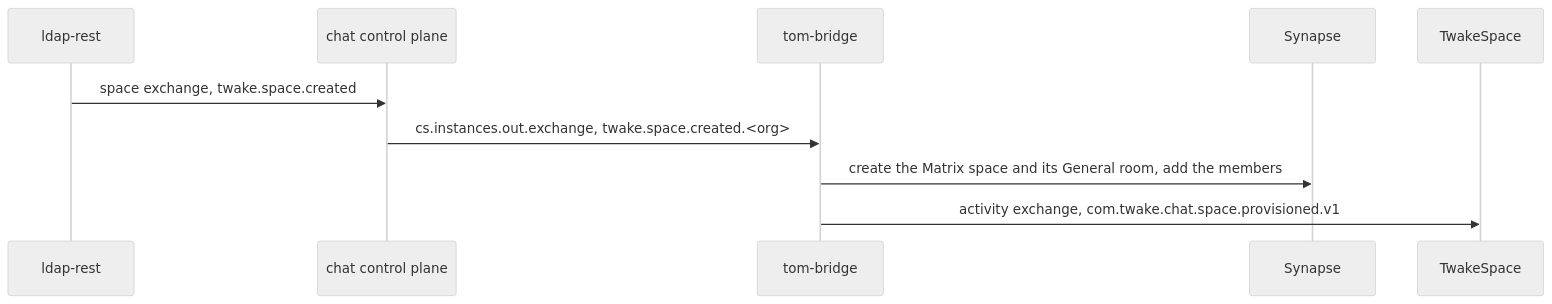
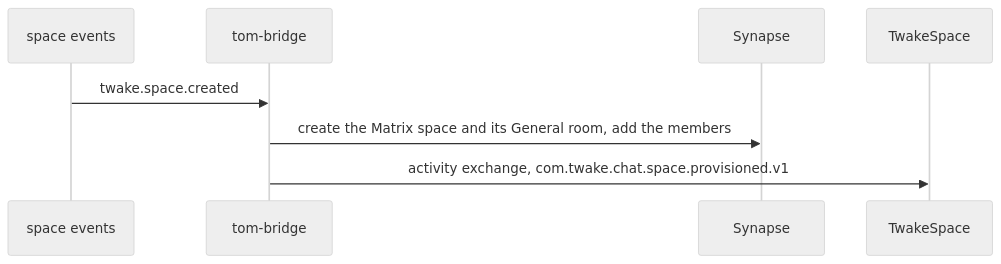
One commit to Crash--/ToM-Bridge changed the diagram in docs/Spaces.md. Above: the diagram before and after it, drawn with Mermaid (neutral theme). The commit also changed other lines of this file and 2 other files, not shown here.

````diff
--- a/docs/Spaces.md
+++ b/docs/Spaces.md
@@ -7,12 +7,10 @@
 ```mermaid
 sequenceDiagram
-  participant L as ldap-rest
-  participant C as chat control plane
+  participant E as space events
   participant B as tom-bridge
   participant S as Synapse
   participant T as TwakeSpace
-  L->>C: space exchange, twake.space.created
-  C->>B: cs.instances.out.exchange, twake.space.created.<org>
+  E->>B: twake.space.created
   B->>S: create the Matrix space and its General room, add the members
   B->>T: activity exchange, com.twake.chat.space.provisioned.v1
 ```
````
